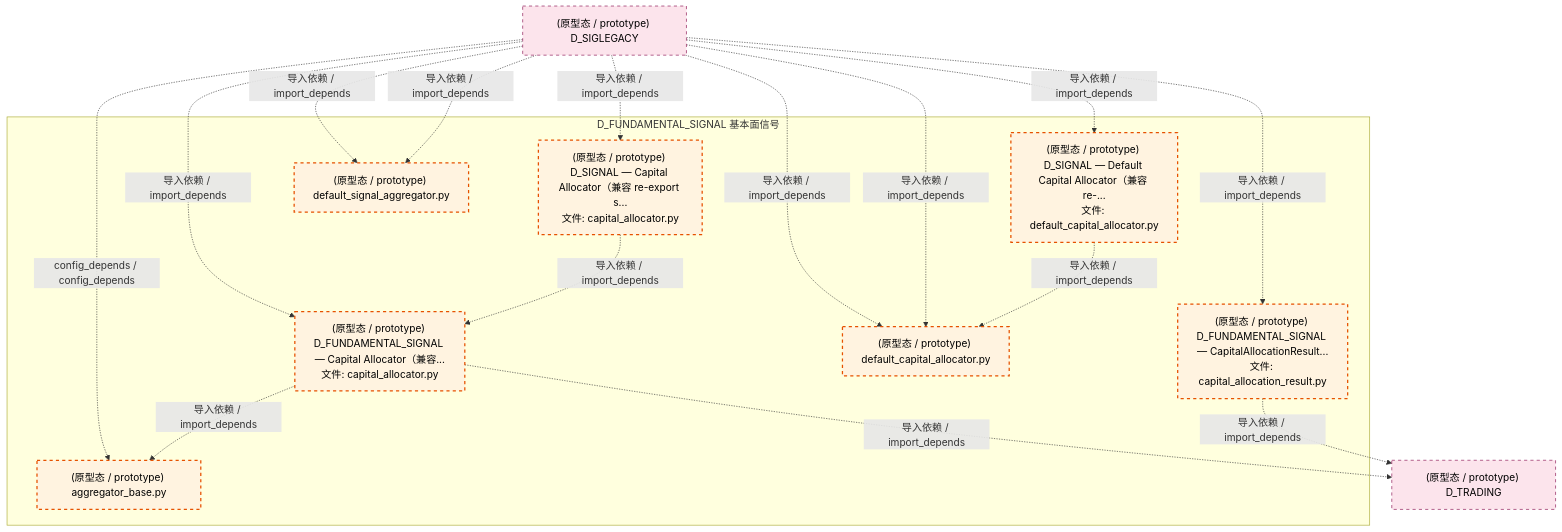
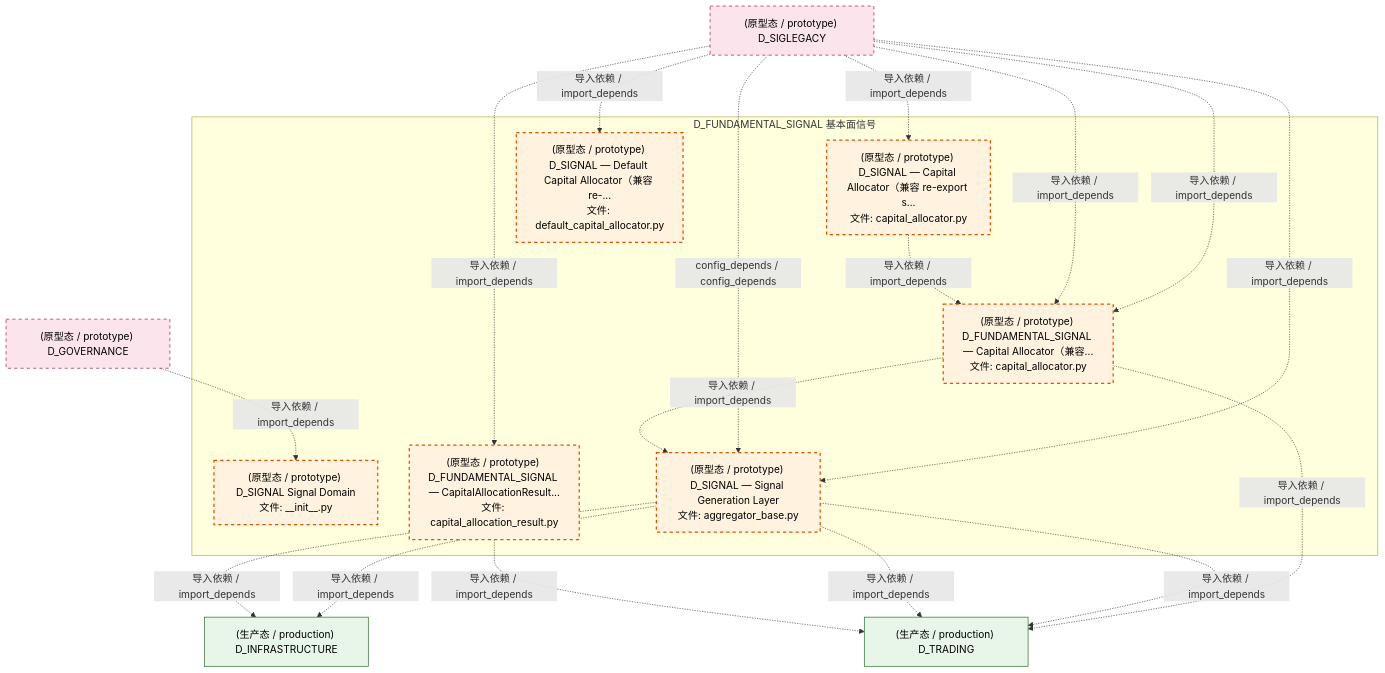
The third of 4 diagrams in docs/02_enterprise_architecture/02_domain_architecture_docs/37_d_fundamental_signal.md (xuanFelixVan/ZephyrAlpha), drawn with Mermaid before and after one commit. The commit also changed other lines of this file and 126 other files, not shown here.

````diff
--- a/docs/02_enterprise_architecture/02_domain_architecture_docs/37_d_fundamental_signal.md
+++ b/docs/02_enterprise_architecture/02_domain_architecture_docs/37_d_fundamental_signal.md
@@ -153,34 +197,38 @@
 ```mermaid
 graph TD
     subgraph D_FUNDAMENTAL_SIGNAL["D_FUNDAMENTAL_SIGNAL 基本面信号"]
+        src_zephyr_signal_fundamental_init_py["(原型态 / prototype) D_SIGNAL Signal Domain<br/>文件: __init__.py"]
         src_zephyr_signal_fundamental_capital_capital_allocation_result_py["(原型态 / prototype) D_FUNDAMENTAL_SIGNAL — CapitalAllocationResult...<br/>文件: capital_allocation_result.py"]
         src_zephyr_signal_fundamental_capital_capital_allocator_py["(原型态 / prototype) D_SIGNAL — Capital Allocator（兼容 re-export s...<br/>文件: capital_allocator.py"]
         src_zephyr_signal_fundamental_capital_default_capital_allocator_py["(原型态 / prototype) D_SIGNAL — Default Capital Allocator（兼容 re-...<br/>文件: default_capital_allocator.py"]
-        src_zephyr_signal_fundamental_gen_aggregator_base_py["(原型态 / prototype) aggregator_base.py"]
-        src_zephyr_signal_fundamental_gen_implementations_default_signal_aggregator_py["(原型态 / prototype) default_signal_aggregator.py"]
+        src_zephyr_signal_fundamental_gen_aggregator_base_py["(原型态 / prototype) D_SIGNAL — Signal Generation Layer<br/>文件: aggregator_base.py"]
         src_zephyr_signal_fundamental_strategy_capital_allocator_py["(原型态 / prototype) D_FUNDAMENTAL_SIGNAL — Capital Allocator（兼容...<br/>文件: capital_allocator.py"]
-        src_zephyr_signal_fundamental_strategy_implementations_default_capital_allocator_py["(原型态 / prototype) default_capital_allocator.py"]
     end
     src_zephyr_signal_fundamental_capital_capital_allocator_py -.->|导入依赖 / import_depends| src_zephyr_signal_fundamental_strategy_capital_allocator_py
-    src_zephyr_signal_fundamental_capital_default_capital_allocator_py -.->|导入依赖 / import_depends| src_zephyr_signal_fundamental_strategy_implementations_default_capital_allocator_py
     src_zephyr_signal_fundamental_strategy_capital_allocator_py -.->|导入依赖 / import_depends| src_zephyr_signal_fundamental_gen_aggregator_base_py
-    D_TRADING["(原型态 / prototype) D_TRADING"]
+    D_TRADING["(生产态 / production) D_TRADING"]
     src_zephyr_signal_fundamental_capital_capital_allocation_result_py -.->|导入依赖 / import_depends| D_TRADING
+    D_INFRASTRUCTURE["(生产态 / production) D_INFRASTRUCTURE"]
+    src_zephyr_signal_fundamental_gen_aggregator_base_py -.->|导入依赖 / import_depends| D_INFRASTRUCTURE
+    src_zephyr_signal_fundamental_gen_aggregator_base_py -.->|导入依赖 / import_depends| D_INFRASTRUCTURE
+    src_zephyr_signal_fundamental_gen_aggregator_base_py -.->|导入依赖 / import_depends| D_TRADING
+    src_zephyr_signal_fundamental_gen_aggregator_base_py -.->|导入依赖 / import_depends| D_TRADING
     src_zephyr_signal_fundamental_strategy_capital_allocator_py -.->|导入依赖 / import_depends| D_TRADING
     D_SIGLEGACY["(原型态 / prototype) D_SIGLEGACY"]
-    D_SIGLEGACY -.->|导入依赖 / import_depends| src_zephyr_signal_fundamental_gen_implementations_default_signal_aggregator_py
-    D_SIGLEGACY -.->|导入依赖 / import_depends| src_zephyr_signal_fundamental_strategy_implementations_default_capital_allocator_py
-    D_SIGLEGACY -.->|导入依赖 / import_depends| src_zephyr_signal_fundamental_gen_implementations_default_signal_aggregator_py
     D_SIGLEGACY -.->|导入依赖 / import_depends| src_zephyr_signal_fundamental_strategy_capital_allocator_py
-    D_SIGLEGACY -.->|导入依赖 / import_depends| src_zephyr_signal_fundamental_strategy_implementations_default_capital_allocator_py
     D_SIGLEGACY -.->|config_depends / config_depends| src_zephyr_signal_fundamental_gen_aggregator_base_py
+    D_SIGLEGACY -.->|导入依赖 / import_depends| src_zephyr_signal_fundamental_strategy_capital_allocator_py
     D_SIGLEGACY -.->|导入依赖 / import_depends| src_zephyr_signal_fundamental_capital_capital_allocation_result_py
     D_SIGLEGACY -.->|导入依赖 / import_depends| src_zephyr_signal_fundamental_capital_capital_allocator_py
     D_SIGLEGACY -.->|导入依赖 / import_depends| src_zephyr_signal_fundamental_capital_default_capital_allocator_py
+    D_GOVERNANCE["(原型态 / prototype) D_GOVERNANCE"]
+    D_GOVERNANCE -.->|导入依赖 / import_depends| src_zephyr_signal_fundamental_init_py
+    D_SIGLEGACY -.->|导入依赖 / import_depends| src_zephyr_signal_fundamental_gen_aggregator_base_py
     classDef production fill:#e1f5fe,stroke:#01579b,stroke-width:2px,color:#000
     classDef design fill:#fff3e0,stroke:#e65100,stroke-width:2px,color:#000,stroke-dasharray: 5 5
     classDef external_prod fill:#e8f5e9,stroke:#1b5e20,stroke-width:1px,color:#000
     classDef external_design fill:#fce4ec,stroke:#880e4f,stroke-width:1px,color:#000,stroke-dasharray: 5 5
-    class src_zephyr_signal_fundamental_capital_capital_allocation_result_py,src_zephyr_signal_fundamental_capital_capital_allocator_py,src_zephyr_signal_fundamental_capital_default_capital_allocator_py,src_zephyr_signal_fundamental_gen_aggregator_base_py,src_zephyr_signal_fundamental_gen_implementations_default_signal_aggregator_py,src_zephyr_signal_fundamental_strategy_capital_allocator_py,src_zephyr_signal_fundamental_strategy_implementations_default_capital_allocator_py design
-    class D_TRADING,D_SIGLEGACY external_design
+    class src_zephyr_signal_fundamental_init_py,src_zephyr_signal_fundamental_capital_capital_allocation_result_py,src_zephyr_signal_fundamental_capital_capital_allocator_py,src_zephyr_signal_fundamental_capital_default_capital_allocator_py,src_zephyr_signal_fundamental_gen_aggregator_base_py,src_zephyr_signal_fundamental_strategy_capital_allocator_py design
+    class D_TRADING,D_INFRASTRUCTURE external_prod
+    class D_SIGLEGACY,D_GOVERNANCE external_design
 ```
````
